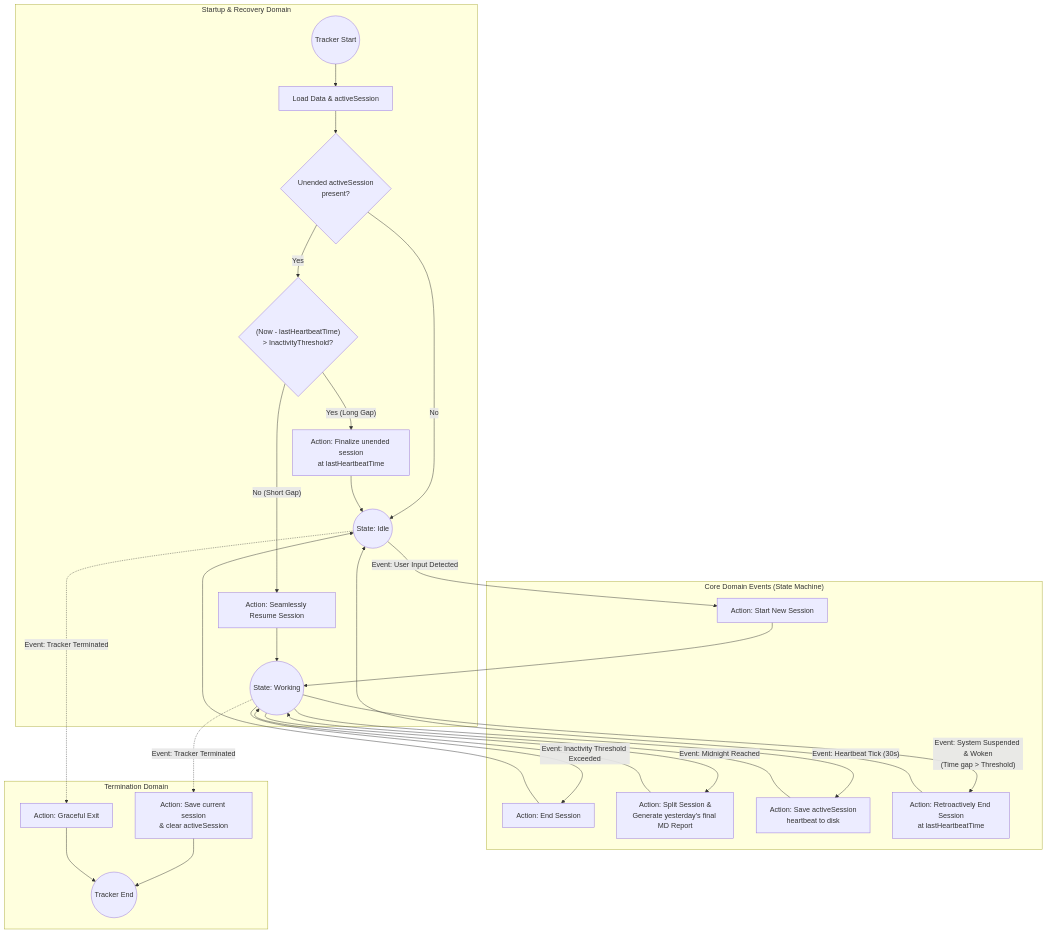
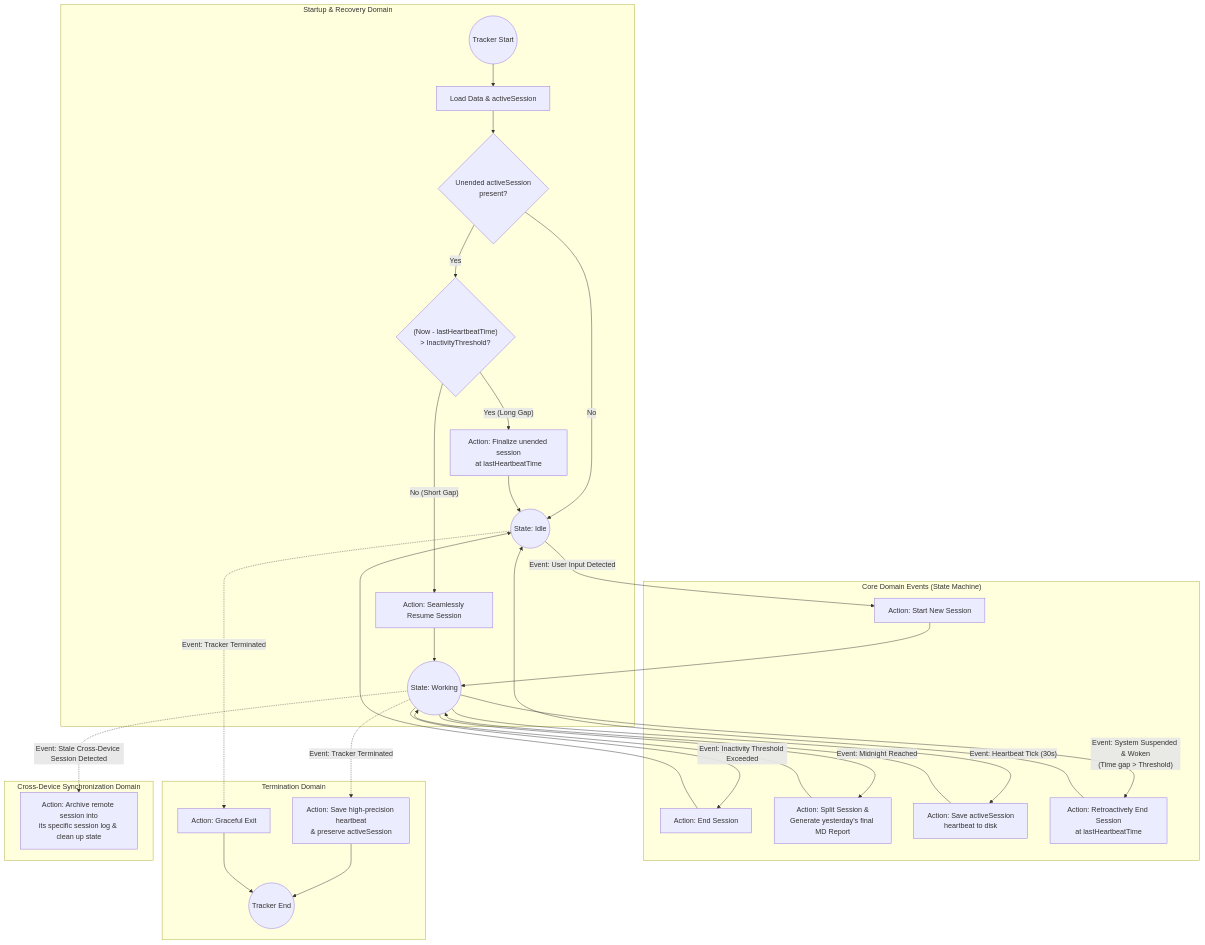
Before and after one commit to vincentikigai/hammer: the diagram in active-time-tracker/model/domain_logic.md, drawn with Mermaid. The commit also changed other lines of this file and 5 other files, not shown here.

Commit message:
feat: implement cross-platform Go tracker client and add project documentation

````diff
--- a/active-time-tracker/model/domain_logic.md
+++ b/active-time-tracker/model/domain_logic.md
@@ -5,42 +5,46 @@
 ```mermaid
 flowchart TD
     subgraph Initialization ["Startup & Recovery Domain"]
         Start(("Tracker Start")) --> LoadData["Load Data & activeSession"]
         LoadData --> IsActive{"Unended activeSession<br/>present?"}
         
         IsActive -->|"Yes"| CheckGap{"(Now - lastHeartbeatTime)<br/>> InactivityThreshold?"}
         CheckGap -->|"Yes (Long Gap)"| Finalize["Action: Finalize unended session<br/>at lastHeartbeatTime"]
         CheckGap -->|"No (Short Gap)"| Resume["Action: Seamlessly Resume Session"]
         
         IsActive -->|"No"| StateIdle
         Finalize --> StateIdle
         Resume --> StateWorking
     end
 
     subgraph StateMachine ["Core Domain Events (State Machine)"]
         StateIdle(("State: Idle"))
         StateWorking(("State: Working"))
 
         StateIdle -->|"Event: User Input Detected"| CreateSession["Action: Start New Session"]
         CreateSession --> StateWorking
 
         StateWorking -->|"Event: Inactivity Threshold Exceeded"| EndSession["Action: End Session"]
         EndSession --> StateIdle
 
         StateWorking -->|"Event: Midnight Reached"| SplitSession["Action: Split Session &<br/>Generate yesterday's final MD Report"]
         SplitSession --> StateWorking
         
         StateWorking -->|"Event: Heartbeat Tick (30s)"| UpdateDisk["Action: Save activeSession<br/>heartbeat to disk"]
         UpdateDisk --> StateWorking
 
         StateWorking -->|"Event: System Suspended & Woken<br/>(Time gap > Threshold)"| SleepFallback["Action: Retroactively End Session<br/>at lastHeartbeatTime"]
         SleepFallback --> StateIdle
     end
 
     subgraph Termination ["Termination Domain"]
         StateIdle -.->|"Event: Tracker Terminated"| CleanExit["Action: Graceful Exit"]
-        StateWorking -.->|"Event: Tracker Terminated"| GracefulExit["Action: Save current session<br/>& clear activeSession"]
+        StateWorking -.->|"Event: Tracker Terminated"| GracefulExit["Action: Save high-precision heartbeat<br/>& preserve activeSession"]
         GracefulExit --> End(("Tracker End"))
         CleanExit --> End
     end
+
+    subgraph CrossDevice ["Cross-Device Synchronization Domain"]
+        StateWorking -.->|"Event: Stale Cross-Device Session Detected"| CrossDeviceArchive["Action: Archive remote session into<br/>its specific session log & clean up state"]
+    end
 ```
````
